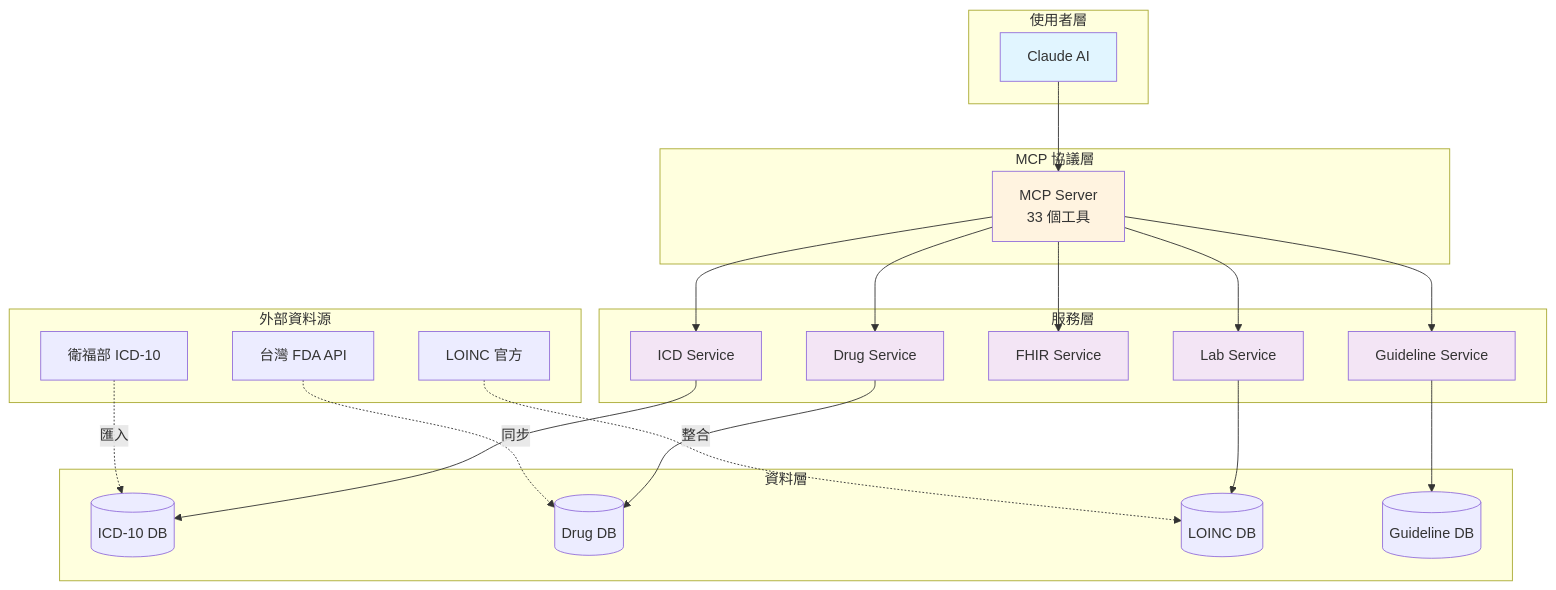
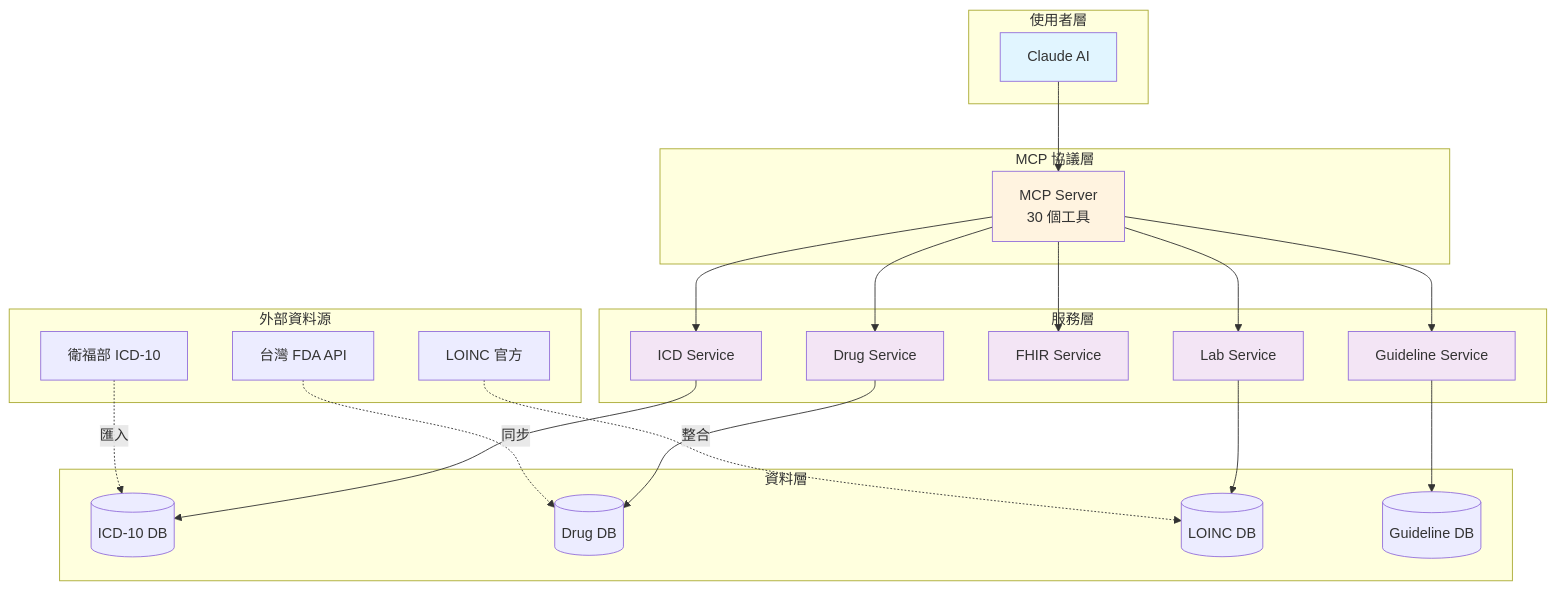
The diagram in docs/index.md (healthymind-tech/Taiwan-Health-MCP), drawn with Mermaid before and after one commit. The commit also changed other lines of this file and 44 other files, not shown here.

````diff
--- a/docs/index.md
+++ b/docs/index.md
@@ -109,55 +109,55 @@
 ```mermaid
 graph TB
     subgraph "使用者層"
         A[Claude AI]
     end
 
     subgraph "MCP 協議層"
-        B[MCP Server<br/>33 個工具]
+        B[MCP Server<br/>30 個工具]
     end
 
     subgraph "服務層"
         C1[ICD Service]
         C2[Drug Service]
         C3[FHIR Service]
         C4[Lab Service]
         C5[Guideline Service]
     end
 
     subgraph "資料層"
         D1[(ICD-10 DB)]
         D2[(Drug DB)]
         D3[(LOINC DB)]
         D4[(Guideline DB)]
     end
 
     subgraph "外部資料源"
         E1[台灣 FDA API]
         E2[LOINC 官方]
         E3[衛福部 ICD-10]
     end
 
     A --> B
     B --> C1
     B --> C2
     B --> C3
     B --> C4
     B --> C5
 
     C1 --> D1
     C2 --> D2
     C4 --> D3
     C5 --> D4
 
     E1 -.->|同步| D2
     E2 -.->|整合| D3
     E3 -.->|匯入| D1
 
     style A fill:#e1f5ff
     style B fill:#fff3e0
     style C1 fill:#f3e5f5
     style C2 fill:#f3e5f5
     style C3 fill:#f3e5f5
     style C4 fill:#f3e5f5
     style C5 fill:#f3e5f5
 ```
````
